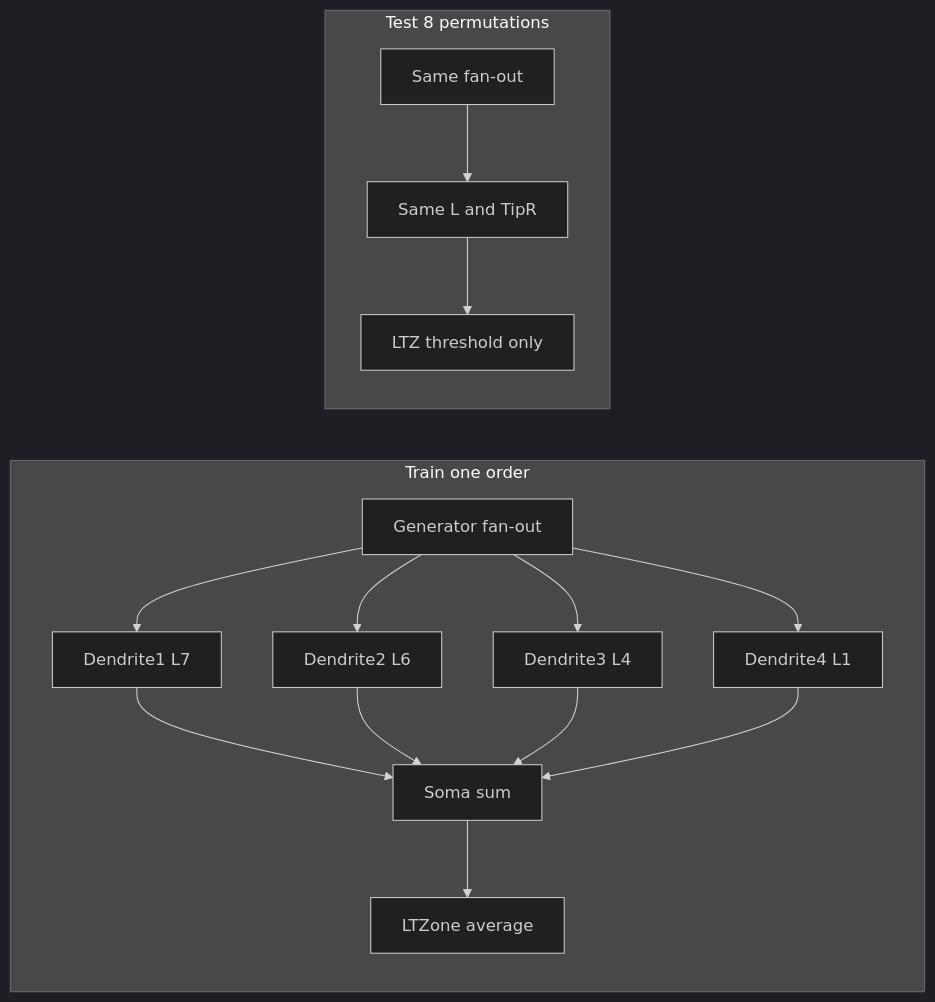
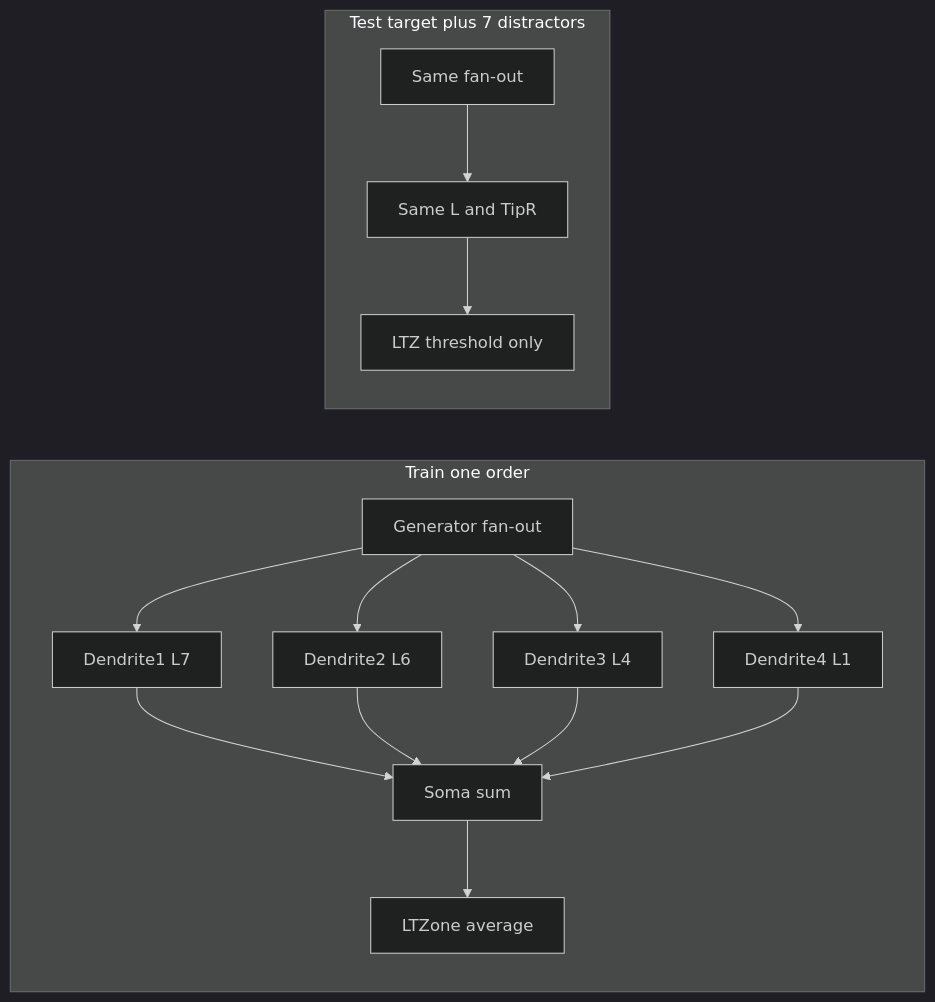
The first of 3 diagrams in Configs/SpikeSamples/StructTrain/SelectivityLtzCalibrate/ANALYSIS_structural_learning.md (aicommunity/Nmsdk-Bin), drawn with Mermaid (dark theme) before and after one commit. The commit also changed other lines of this file and 537 other files, not shown here.

````diff
--- a/Configs/SpikeSamples/StructTrain/SelectivityLtzCalibrate/ANALYSIS_structural_learning.md
+++ b/Configs/SpikeSamples/StructTrain/SelectivityLtzCalibrate/ANALYSIS_structural_learning.md
@@ -73,18 +75,18 @@
 ```mermaid
 flowchart LR
   subgraph train [Train one order]
     Gen[Generator fan-out] --> D1[Dendrite1 L7]
     Gen --> D2[Dendrite2 L6]
     Gen --> D3[Dendrite3 L4]
     Gen --> D4[Dendrite4 L1]
     D1 --> Soma[Soma sum]
     D2 --> Soma
     D3 --> Soma
     D4 --> Soma
     Soma --> LTZ[LTZone average]
   end
-  subgraph test [Test 8 permutations]
+  subgraph test [Test target plus 7 distractors]
     Gen2[Same fan-out] --> Same[Same L and TipR]
     Same --> LTZ2[LTZ threshold only]
   end
 ```
````
